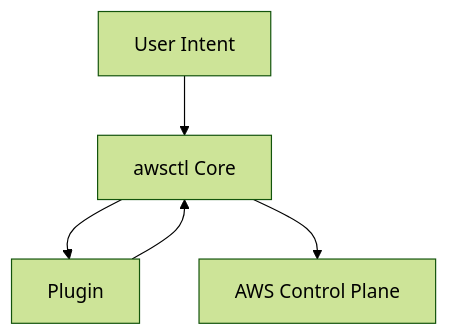
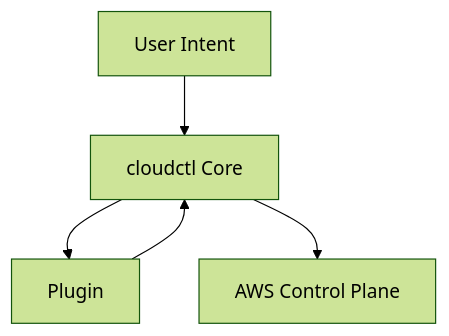
Before and after one commit to hoad-org/cloudctl: the first of 2 diagrams in docs/wiki/plugin-framework.md, drawn with Mermaid (forest theme). The commit also changed other lines of this file and 198 other files, not shown here.

````diff
--- a/docs/wiki/plugin-framework.md
+++ b/docs/wiki/plugin-framework.md
@@ -46,12 +46,12 @@
 ```mermaid
 flowchart TD
     User[User Intent]
-    Awsctl[awsctl Core]
+    Awsctl[cloudctl Core]
     Plugin[Plugin]
     AWS[AWS Control Plane]
 
     User --> Awsctl
     Awsctl --> Plugin
     Plugin --> Awsctl
     Awsctl --> AWS
 ```
````
